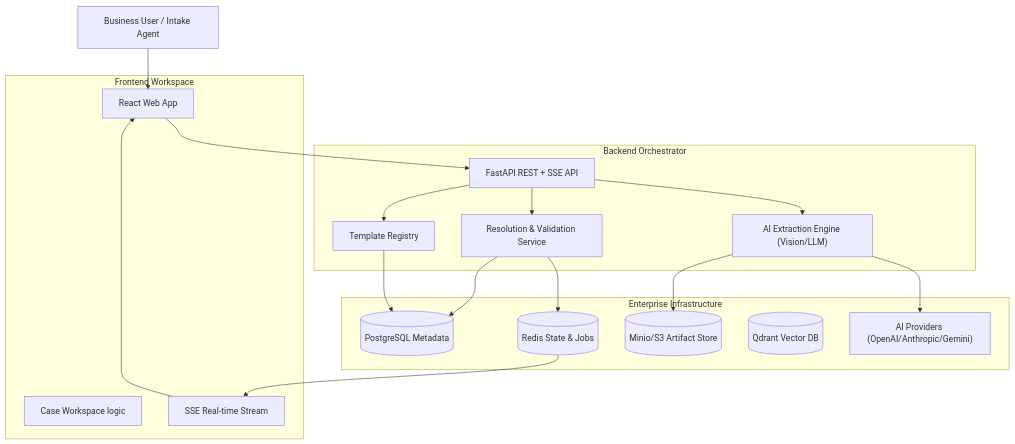
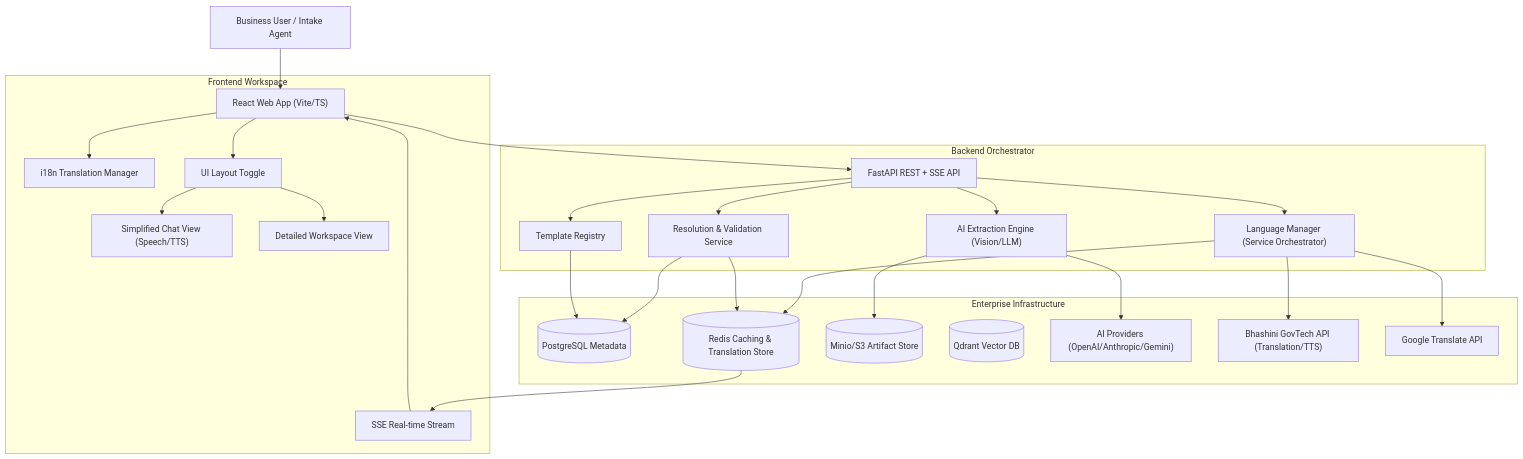
Before and after one commit to Hari31416/FormFoundry: the diagram in FORM_FOUNDRY_EXECUTIVE_BRIEF.md, drawn with Mermaid. The commit also changed other lines of this file and 12 other files, not shown here.

````diff
--- a/FORM_FOUNDRY_EXECUTIVE_BRIEF.md
+++ b/FORM_FOUNDRY_EXECUTIVE_BRIEF.md
@@ -46,38 +48,52 @@
 ```mermaid
 graph TD
     User["Business User / Intake Agent"]
 
     subgraph "Frontend Workspace"
-        UI["React Web App"]
-        Workspace["Case Workspace logic"]
+        UI["React Web App (Vite/TS)"]
+        i18n["i18n Translation Manager"]
+        Toggle["UI Layout Toggle"]
+        ChatView["Simplified Chat View (Speech/TTS)"]
+        DetailView["Detailed Workspace View"]
         SSE["SSE Real-time Stream"]
     end
 
     subgraph "Backend Orchestrator"
         API["FastAPI REST + SSE API"]
+        LangManager["Language Manager (Service Orchestrator)"]
         Extraction["AI Extraction Engine (Vision/LLM)"]
         Resolution["Resolution & Validation Service"]
         Registry["Template Registry"]
     end
 
     subgraph "Enterprise Infrastructure"
         Postgres[("PostgreSQL Metadata")]
-        Redis[("Redis State & Jobs")]
+        Redis[("Redis Caching & Translation Store")]
         Minio[("Minio/S3 Artifact Store")]
         Qdrant[("Qdrant Vector DB")]
         LLM["AI Providers (OpenAI/Anthropic/Gemini)"]
+        Bhashini["Bhashini GovTech API (Translation/TTS)"]
+        Google["Google Translate API"]
     end
 
     User --> UI
+    UI --> Toggle
+    Toggle --> ChatView
+    Toggle --> DetailView
+    UI --> i18n
     UI --> API
+    API --> LangManager
+    LangManager --> Redis
+    LangManager --> Bhashini
+    LangManager --> Google
     API --> Extraction
     API --> Resolution
     API --> Registry
     Extraction --> LLM
     Extraction --> Minio
     Resolution --> Postgres
     Resolution --> Redis
     Registry --> Postgres
     Redis --> SSE
     SSE --> UI
 ```
````
